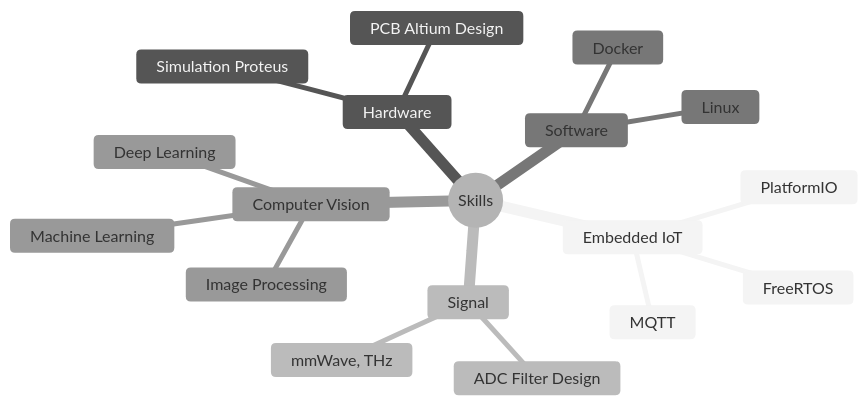
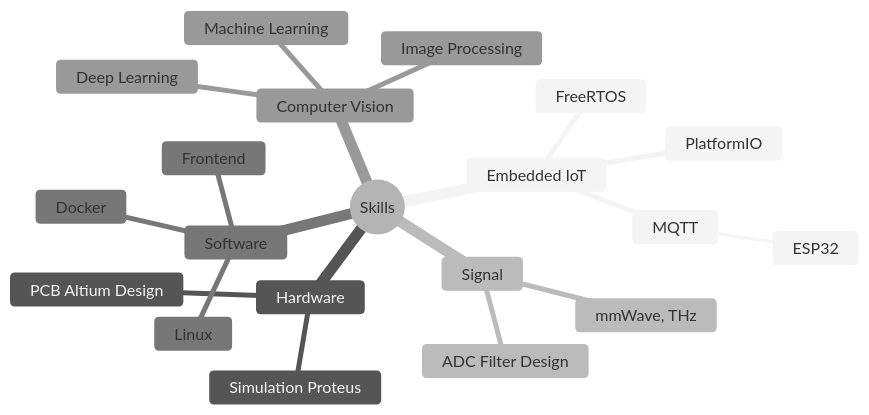
The diagram in README.md (bathanh0309/bathanh0309), drawn with Mermaid (neutral theme) before and after one commit.

````diff
--- a/README.md
+++ b/README.md
@@ -139,21 +139,23 @@
 ```mermaid
 mindmap
   root((Skills))
     Embedded IoT
       MQTT
+        ESP32
       FreeRTOS
       PlatformIO
     Hardware
       Simulation Proteus
       PCB Altium Design
     Signal
       mmWave, THz
       ADC Filter Design
     Software
       Linux
       Docker
+      Frontend
     Computer Vision
       Machine Learning
       Deep Learning
       Image Processing
 ```
````
